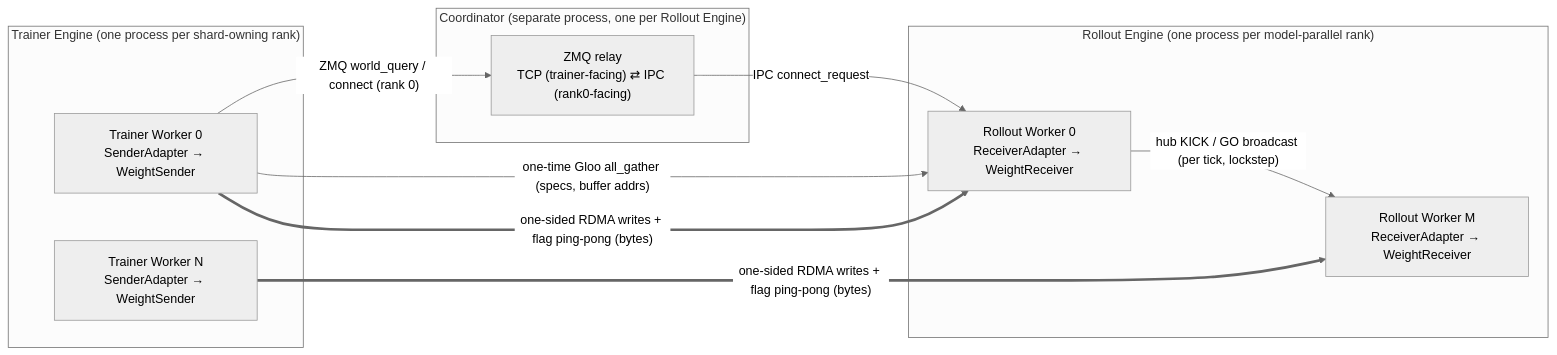
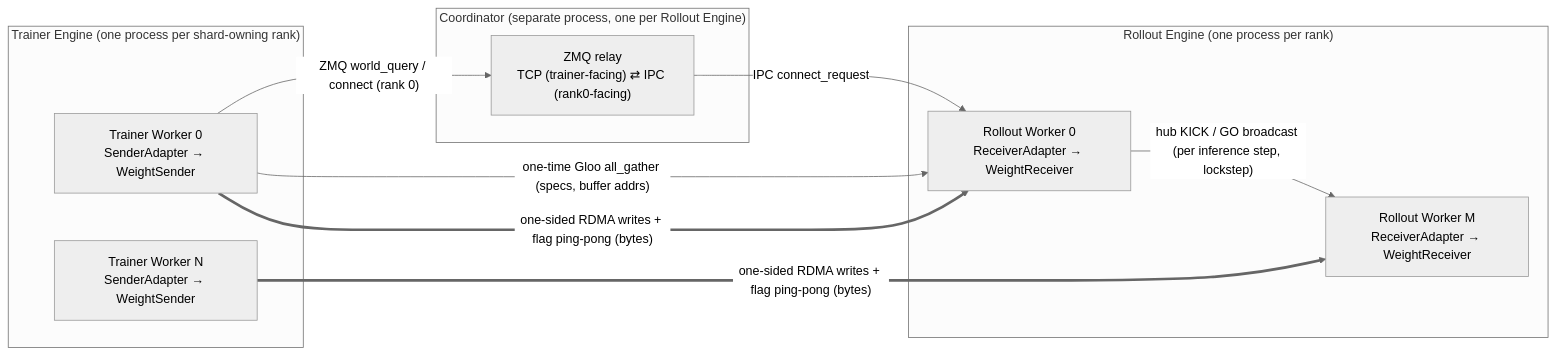
Before and after one commit to harvard-cns/weightbridge: the diagram in docs/architecture.md, drawn with Mermaid (neutral theme). The commit also changed other lines of this file and 11 other files, not shown here.

````diff
--- a/docs/architecture.md
+++ b/docs/architecture.md
@@ -20,23 +20,23 @@
 ```mermaid
 flowchart LR
     subgraph TrainerEngine["Trainer Engine (one process per shard-owning rank)"]
         T0["Trainer Worker 0<br/>SenderAdapter → WeightSender"]
         TN["Trainer Worker N<br/>SenderAdapter → WeightSender"]
     end
 
     subgraph Coord["Coordinator (separate process, one per Rollout Engine)"]
         CO["ZMQ relay<br/>TCP (trainer-facing) ⇄ IPC (rank0-facing)"]
     end
 
-    subgraph RolloutEngine["Rollout Engine (one process per model-parallel rank)"]
+    subgraph RolloutEngine["Rollout Engine (one process per rank)"]
         R0["Rollout Worker 0<br/>ReceiverAdapter → WeightReceiver"]
         RM["Rollout Worker M<br/>ReceiverAdapter → WeightReceiver"]
     end
 
     T0 -- "ZMQ world_query / connect (rank 0)" --> CO
     CO -- "IPC connect_request" --> R0
-    R0 -- "hub KICK / GO broadcast (per tick, lockstep)" --> RM
+    R0 -- "hub KICK / GO broadcast (per inference step, lockstep)" --> RM
     T0 -- "one-time Gloo all_gather (specs, buffer addrs)" --> R0
     T0 == "one-sided RDMA writes + flag ping-pong (bytes)" ==> R0
     TN == "one-sided RDMA writes + flag ping-pong (bytes)" ==> RM
 ```
````
